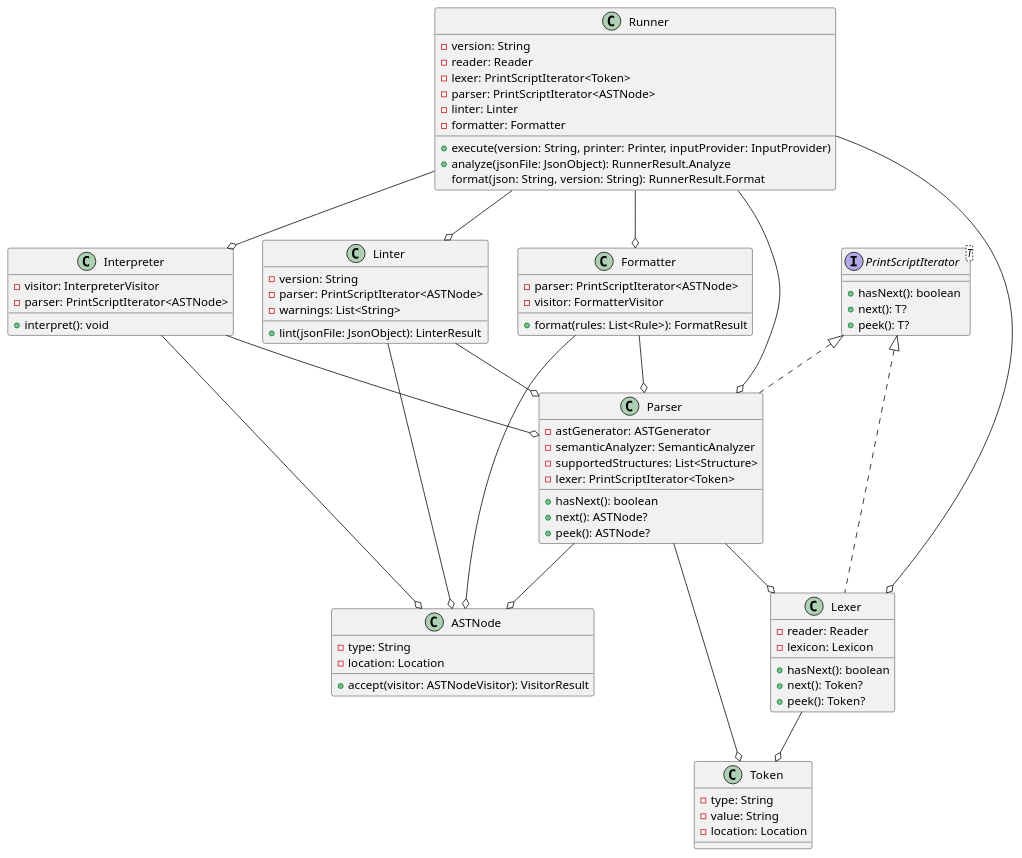
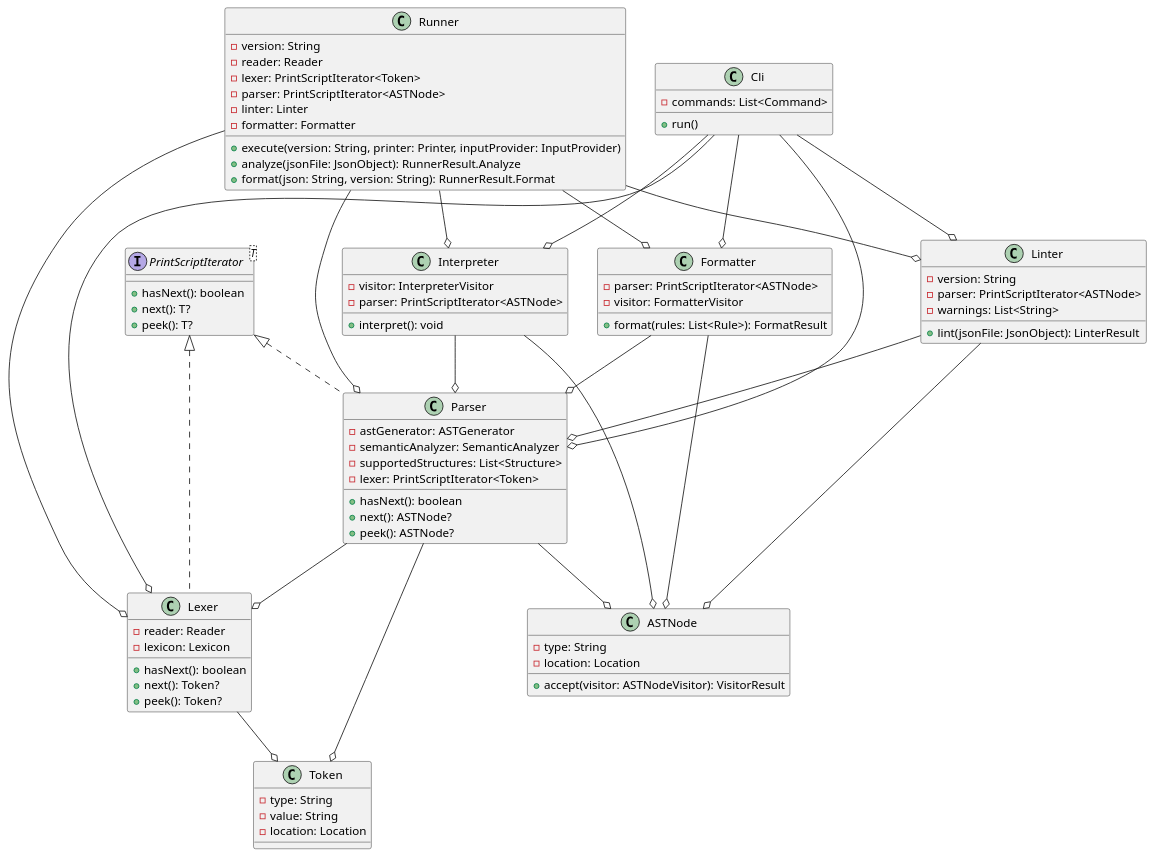
One commit to santosbogo/printscript changed the diagram in Modules.puml. Above: the diagram before and after it, drawn with PlantUML. The commit also changed 3 other files, not shown here.

```diff
--- a/Modules.puml
+++ b/Modules.puml
@@ -1,90 +1,101 @@
 @startuml
 
 interface PrintScriptIterator<T> {
     + hasNext(): boolean
     + next(): T?
     + peek(): T?
 }
 
 class Lexer implements PrintScriptIterator<Token> {
     - reader: Reader
     - lexicon: Lexicon
     + hasNext(): boolean
     + next(): Token?
     + peek(): Token?
 }
 
 class Parser implements PrintScriptIterator<ASTNode> {
     - astGenerator: ASTGenerator
     - semanticAnalyzer: SemanticAnalyzer
     - supportedStructures: List<Structure>
     - lexer: PrintScriptIterator<Token>
     + hasNext(): boolean
     + next(): ASTNode?
     + peek(): ASTNode?
 }
 
 class Interpreter {
     - visitor: InterpreterVisitor
     - parser: PrintScriptIterator<ASTNode>
     + interpret(): void
 }
 
 class Formatter {
     - parser: PrintScriptIterator<ASTNode>
     - visitor: FormatterVisitor
     + format(rules: List<Rule>): FormatResult
 }
 
 class Linter {
     - version: String
     - parser: PrintScriptIterator<ASTNode>
     - warnings: List<String>
     + lint(jsonFile: JsonObject): LinterResult
 }
 
 class Runner {
     - version: String
     - reader: Reader
     - lexer: PrintScriptIterator<Token>
     - parser: PrintScriptIterator<ASTNode>
     - linter: Linter
     - formatter: Formatter
 
     + execute(version: String, printer: Printer, inputProvider: InputProvider)
     + analyze(jsonFile: JsonObject): RunnerResult.Analyze
-    format(json: String, version: String): RunnerResult.Format
+    + format(json: String, version: String): RunnerResult.Format
+}
+
+class Cli {
+    - commands: List<Command>
+    + run()
 }
 
 class ASTNode {
     - type: String
     - location: Location
     + accept(visitor: ASTNodeVisitor): VisitorResult
 }
 
 class Token {
     - type: String
     - value: String
     - location: Location
 }
 
 Lexer --o Token
 Parser --o Token
 
 Parser --o ASTNode
 Interpreter --o ASTNode
 Formatter --o ASTNode
 Linter --o ASTNode
 
 Parser --o Lexer
 Interpreter --o Parser
 Formatter --o Parser
 Linter --o Parser
 
 Runner --o Lexer
 Runner --o Parser
 Runner --o Linter
 Runner --o Formatter
 Runner --o Interpreter
 
+Cli --o Lexer
+Cli --o Parser
+Cli --o Linter
+Cli --o Formatter
+Cli --o Interpreter
+
 @enduml
```
